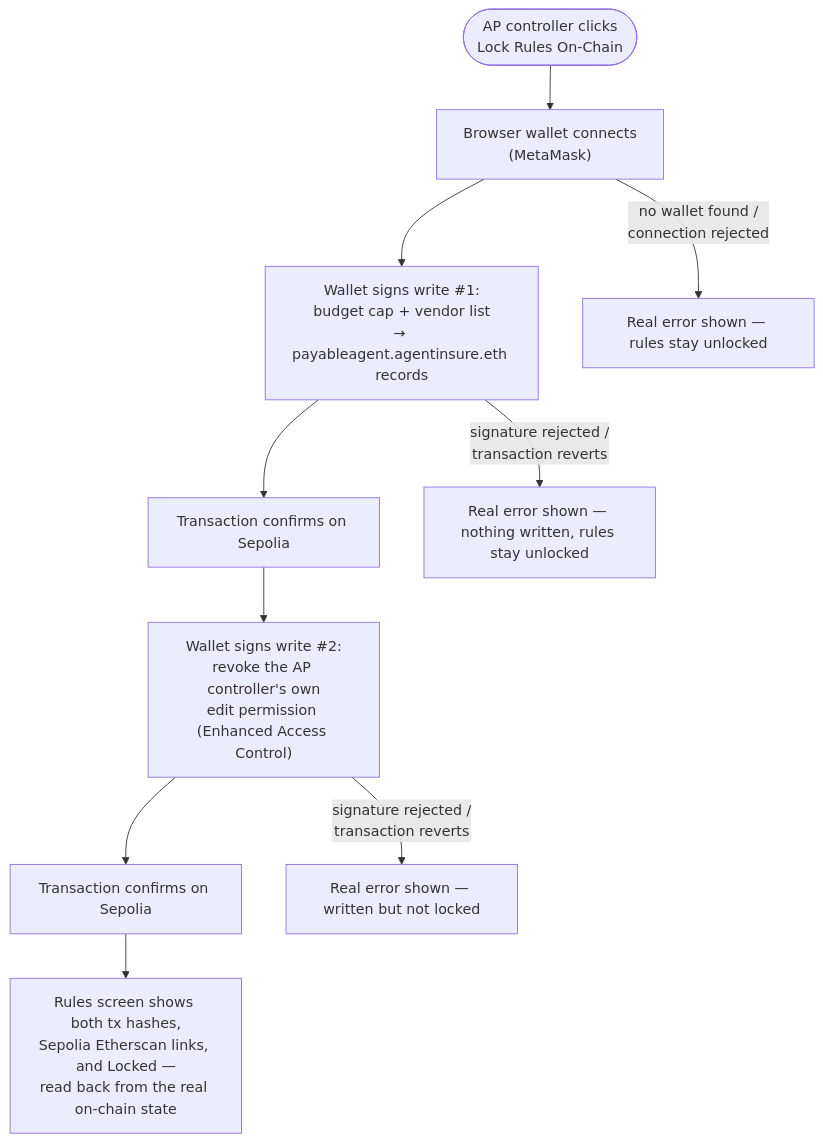
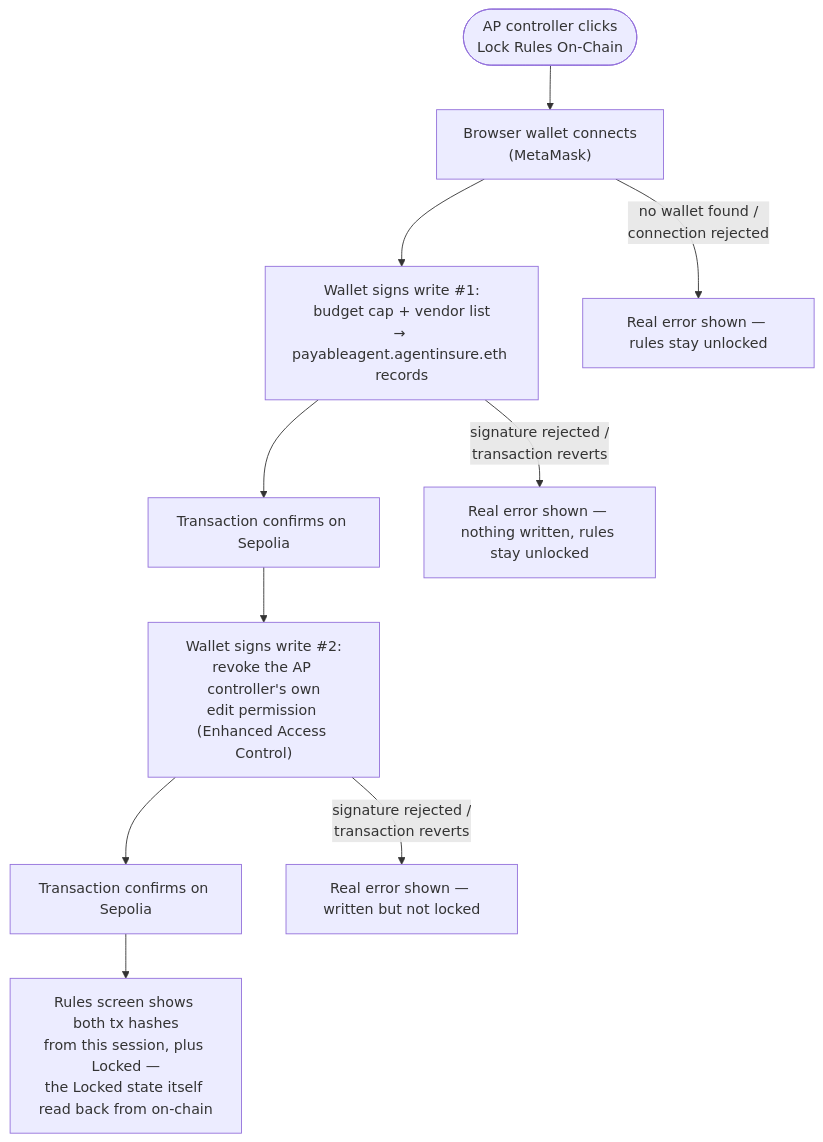
One commit to jianruan-io/agent-insure changed the diagram in specs/agent-insure/1-northbeam-portal-operate-recover/TECH-606-write-payableagents-spending-rules-to-real-ens-text-records/spec.md. Above: the diagram before and after it, drawn with Mermaid. The commit also changed other lines of this file and 3 other files, not shown here.

First line of the commit message:
fix: harden lock-rules e2e proof, mark TECH-606 fully proven on Sepolia

````diff
--- a/specs/agent-insure/1-northbeam-portal-operate-recover/TECH-606-write-payableagents-spending-rules-to-real-ens-text-records/spec.md
+++ b/specs/agent-insure/1-northbeam-portal-operate-recover/TECH-606-write-payableagents-spending-rules-to-real-ens-text-records/spec.md
@@ -21,12 +21,12 @@
 ```mermaid
 flowchart TD
     START(["AP controller clicks<br/>Lock Rules On-Chain"]) --> CONNECT["Browser wallet connects<br/>(MetaMask)"]
     CONNECT --> WRITE["Wallet signs write #1:<br/>budget cap + vendor list<br/>→ payableagent.agentinsure.eth records"]
     WRITE --> CONFIRM1["Transaction confirms on Sepolia"]
     CONFIRM1 --> LOCK["Wallet signs write #2:<br/>revoke the AP controller's own<br/>edit permission (Enhanced Access Control)"]
     LOCK --> CONFIRM2["Transaction confirms on Sepolia"]
-    CONFIRM2 --> SHOW["Rules screen shows both tx hashes,<br/>Sepolia Etherscan links, and Locked —<br/>read back from the real on-chain state"]
+    CONFIRM2 --> SHOW["Rules screen shows both tx hashes<br/>from this session, plus Locked —<br/>the Locked state itself read back from on-chain"]
     CONNECT -- "no wallet found /<br/>connection rejected" --> ERR1["Real error shown — rules stay unlocked"]
     WRITE -- "signature rejected /<br/>transaction reverts" --> ERR2["Real error shown — nothing written, rules stay unlocked"]
     LOCK -- "signature rejected /<br/>transaction reverts" --> ERR3["Real error shown — written but not locked"]
 ```
````
